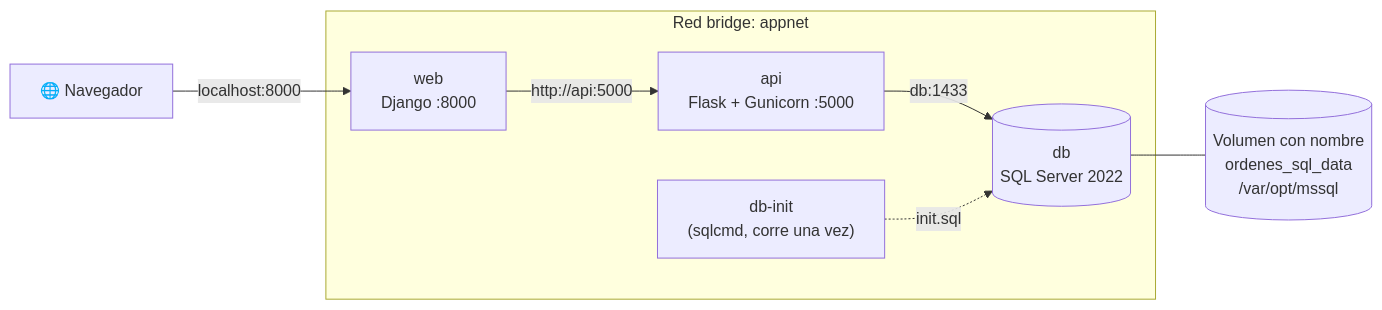
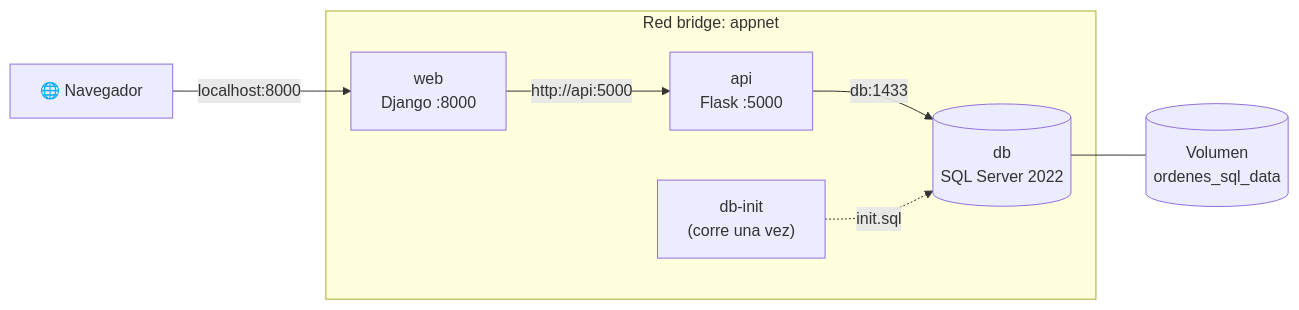
The diagram in README.md (astridcast10/examen-ordenes-docker), drawn with Mermaid before and after one commit. The commit also changed other lines of this file and 20 other files, not shown here.

````diff
--- a/README.md
+++ b/README.md
@@ -17,10 +18,10 @@
 ```mermaid
 flowchart LR
     N["🌐 Navegador"] -->|"localhost:8000"| W
     subgraph appnet ["Red bridge: appnet"]
-        W["web<br/>Django :8000"] -->|"http://api:5000"| A["api<br/>Flask + Gunicorn :5000"]
+        W["web<br/>Django :8000"] -->|"http://api:5000"| A["api<br/>Flask :5000"]
         A -->|"db:1433"| D[("db<br/>SQL Server 2022")]
-        I["db-init<br/>(sqlcmd, corre una vez)"] -.->|"init.sql"| D
+        I["db-init<br/>(corre una vez)"] -.->|"init.sql"| D
     end
-    D --- V[("Volumen con nombre<br/>ordenes_sql_data<br/>/var/opt/mssql")]
+    D --- V[("Volumen<br/>ordenes_sql_data")]
 ```
````
